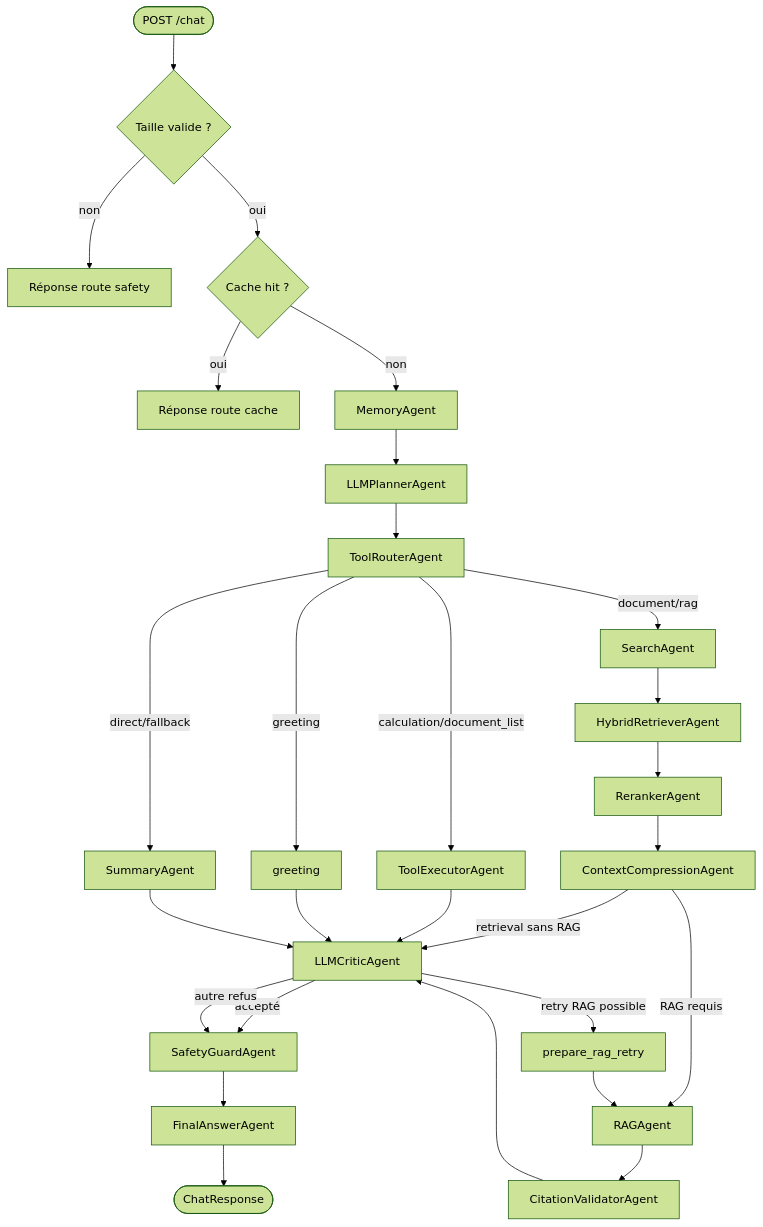
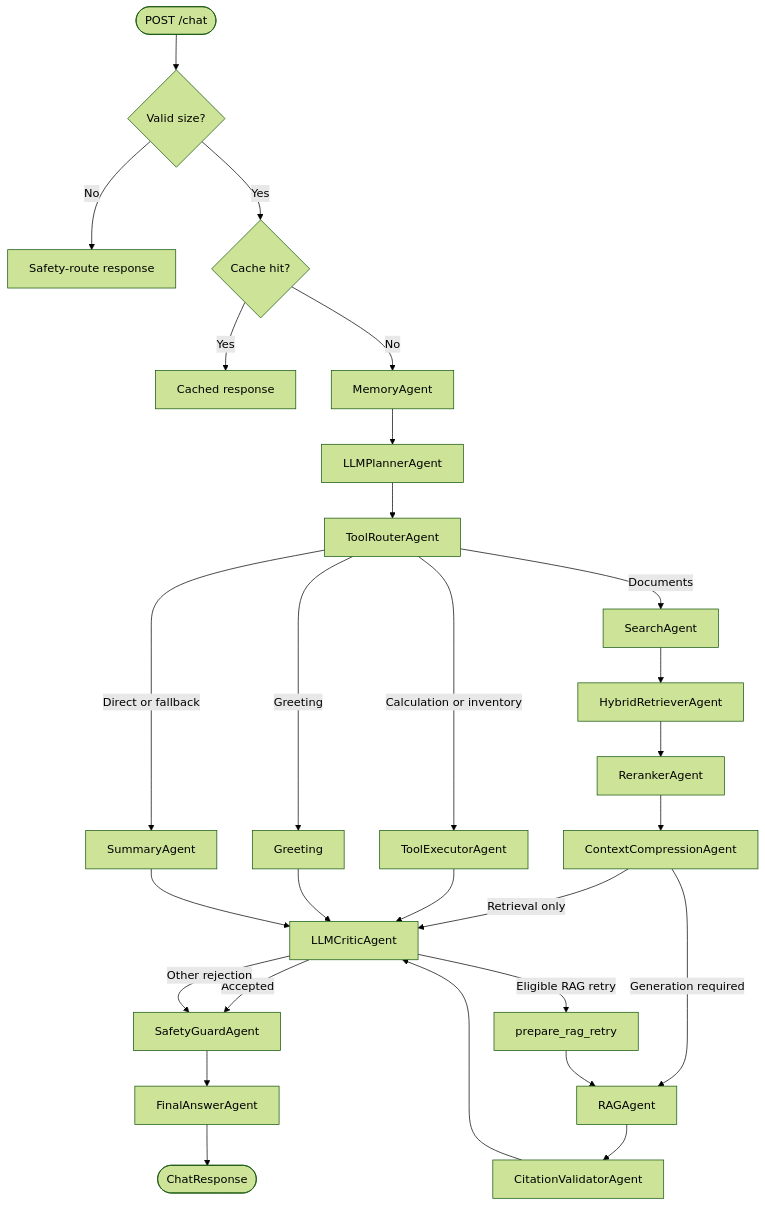
Before and after one commit to Manda404/Agentic-AI-Chat-System: the second of 2 diagrams in docs/GUIDE_PROJET.md, drawn with Mermaid (forest theme). The commit also changed other lines of this file and 106 other files, not shown here.

````diff
--- a/docs/GUIDE_PROJET.md
+++ b/docs/GUIDE_PROJET.md
@@ -161,30 +119,30 @@
 ```mermaid
 flowchart TD
-    Start([POST /chat]) --> Size{Taille valide ?}
-    Size -->|non| TooLong[Réponse route safety]
-    Size -->|oui| Cache{Cache hit ?}
-    Cache -->|oui| Cached[Réponse route cache]
-    Cache -->|non| Memory[MemoryAgent]
+    Start([POST /chat]) --> Size{Valid size?}
+    Size -->|No| TooLong[Safety-route response]
+    Size -->|Yes| Cache{Cache hit?}
+    Cache -->|Yes| Cached[Cached response]
+    Cache -->|No| Memory[MemoryAgent]
     Memory --> Planner[LLMPlannerAgent]
     Planner --> Router[ToolRouterAgent]
-    Router -->|greeting| Greeting[greeting]
-    Router -->|direct/fallback| Summary[SummaryAgent]
-    Router -->|calculation/document_list| Tools[ToolExecutorAgent]
-    Router -->|document/rag| Search[SearchAgent]
+    Router -->|Greeting| Greeting[Greeting]
+    Router -->|Direct or fallback| Summary[SummaryAgent]
+    Router -->|Calculation or inventory| Tools[ToolExecutorAgent]
+    Router -->|Documents| Search[SearchAgent]
     Search --> Hybrid[HybridRetrieverAgent]
     Hybrid --> Rerank[RerankerAgent]
     Rerank --> Compress[ContextCompressionAgent]
-    Compress -->|RAG requis| RAG[RAGAgent]
-    Compress -->|retrieval sans RAG| Critic[LLMCriticAgent]
+    Compress -->|Generation required| RAG[RAGAgent]
+    Compress -->|Retrieval only| Critic[LLMCriticAgent]
     Tools --> Critic
     Greeting --> Critic
     Summary --> Critic
     RAG --> Citations[CitationValidatorAgent]
     Citations --> Critic
-    Critic -->|accepté| Safety[SafetyGuardAgent]
-    Critic -->|retry RAG possible| RetryRAG[prepare_rag_retry]
+    Critic -->|Accepted| Safety[SafetyGuardAgent]
+    Critic -->|Eligible RAG retry| RetryRAG[prepare_rag_retry]
     RetryRAG --> RAG
-    Critic -->|autre refus| Safety
+    Critic -->|Other rejection| Safety
     Safety --> Final[FinalAnswerAgent]
     Final --> End([ChatResponse])
 ```
````
